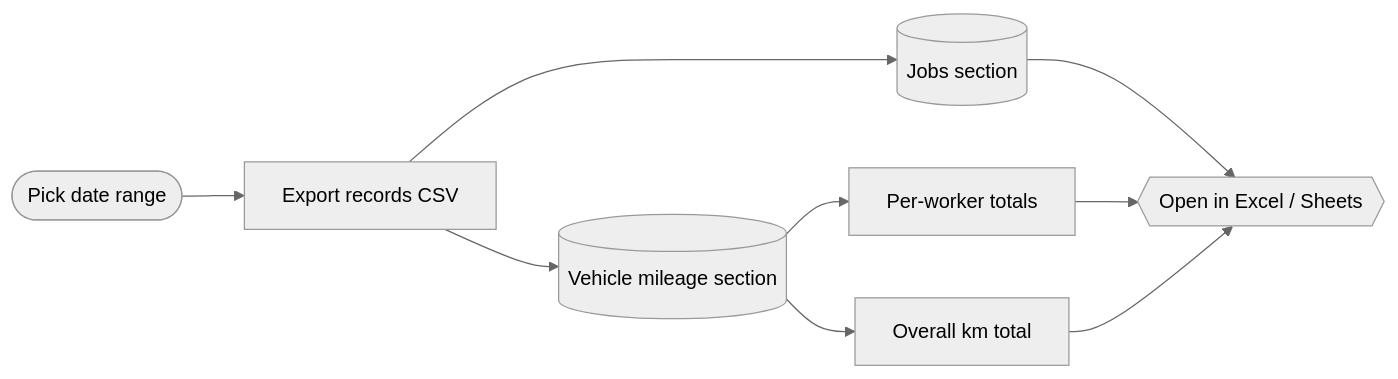
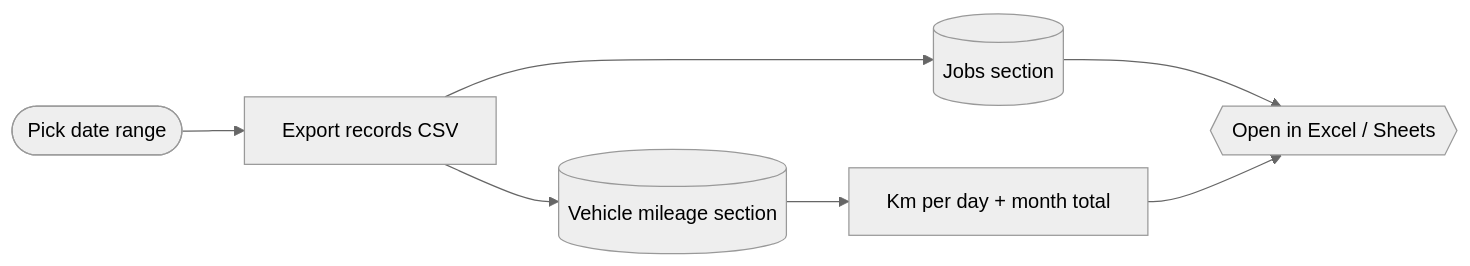
One commit to sankhas-desk/cctv-manager changed the second of 3 diagrams in README.md. Above: the diagram before and after it, drawn with Mermaid (neutral theme). The commit also changed other lines of this file, not shown here.

````diff
--- a/README.md
+++ b/README.md
@@ -73,11 +73,9 @@
 ```mermaid
 flowchart LR
     A([Pick date range]) --> B[Export records CSV]
     B --> C[(Jobs section)]
     B --> D[(Vehicle mileage section)]
-    D --> E[Per-worker totals]
-    D --> F[Overall km total]
+    D --> F[Km per day + month total]
     C --> G{{Open in Excel / Sheets}}
-    E --> G
     F --> G
 ```
````
